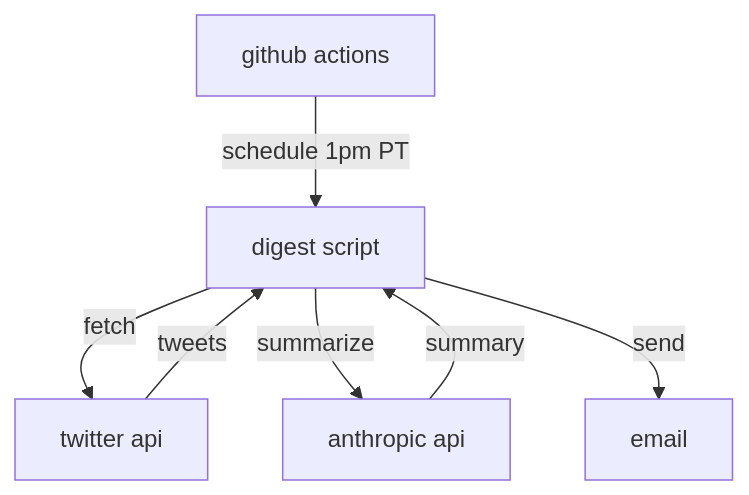
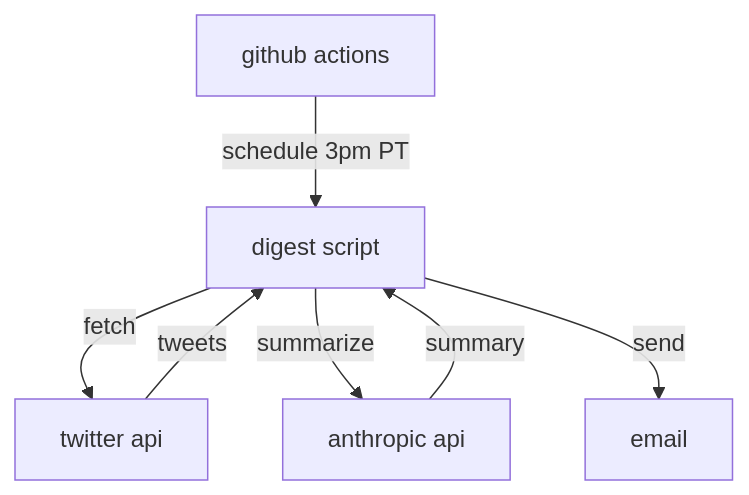
The diagram in architecture.mmd (mlekhi/claw-digest), drawn with Mermaid before and after one commit. The commit also changed 2 other files, not shown here.

Commit message:
changing time to 3pm

````diff
--- a/architecture.mmd
+++ b/architecture.mmd
@@ -1,15 +1,15 @@
 ```mermaid
 flowchart TD
     GitHubActions[github actions]
     DigestScript[digest script]
     TwitterAPI[twitter api]
     AnthropicAPI[anthropic api]
     Email[email]
 
-    GitHubActions -->|schedule 1pm PT| DigestScript
+    GitHubActions -->|schedule 3pm PT| DigestScript
     DigestScript -->|fetch| TwitterAPI
     TwitterAPI -->|tweets| DigestScript
     DigestScript -->|summarize| AnthropicAPI
     AnthropicAPI -->|summary| DigestScript
     DigestScript -->|send| Email
 ```
````
